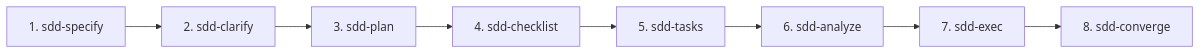
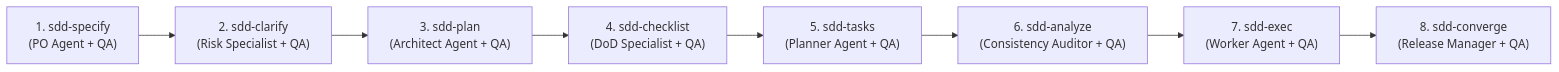
Before and after one commit to EzeCuccorese/ia-spec-ops-engine: the diagram in docs/sdd-skills.md, drawn with Mermaid. The commit also changed other lines of this file and 2 other files, not shown here.

Commit message:
feat(sdd): add specialized multi-agent roles and audit remediation blocks

````diff
--- a/docs/sdd-skills.md
+++ b/docs/sdd-skills.md
@@ -11,10 +11,10 @@
 ```mermaid
 graph LR
-    F1[1. sdd-specify] --> F2[2. sdd-clarify]
-    F2 --> F3[3. sdd-plan]
-    F3 --> F4[4. sdd-checklist]
-    F4 --> F5[5. sdd-tasks]
-    F5 --> F6[6. sdd-analyze]
-    F6 --> F7[7. sdd-exec]
-    F7 --> F8[8. sdd-converge]
+    F1["1. sdd-specify\n(PO Agent + QA)"] --> F2["2. sdd-clarify\n(Risk Specialist + QA)"]
+    F2 --> F3["3. sdd-plan\n(Architect Agent + QA)"]
+    F3 --> F4["4. sdd-checklist\n(DoD Specialist + QA)"]
+    F4 --> F5["5. sdd-tasks\n(Planner Agent + QA)"]
+    F5 --> F6["6. sdd-analyze\n(Consistency Auditor + QA)"]
+    F6 --> F7["7. sdd-exec\n(Worker Agent + QA)"]
+    F7 --> F8["8. sdd-converge\n(Release Manager + QA)"]
 ```
````
